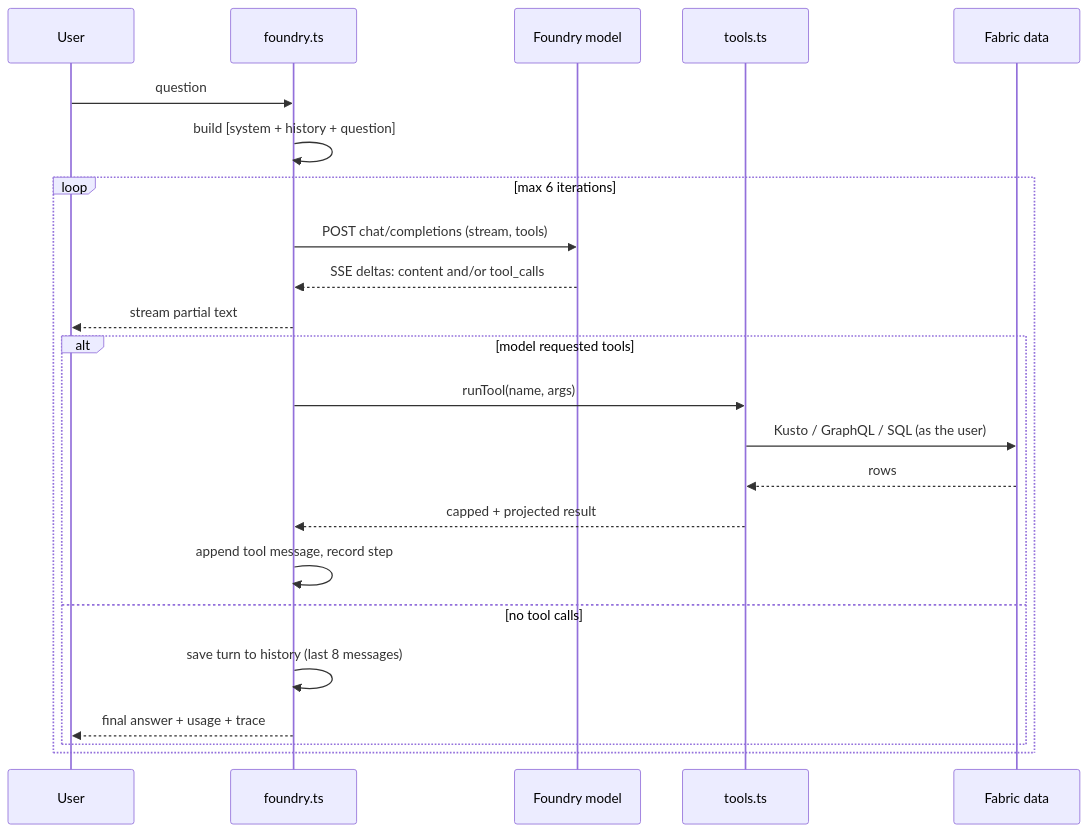
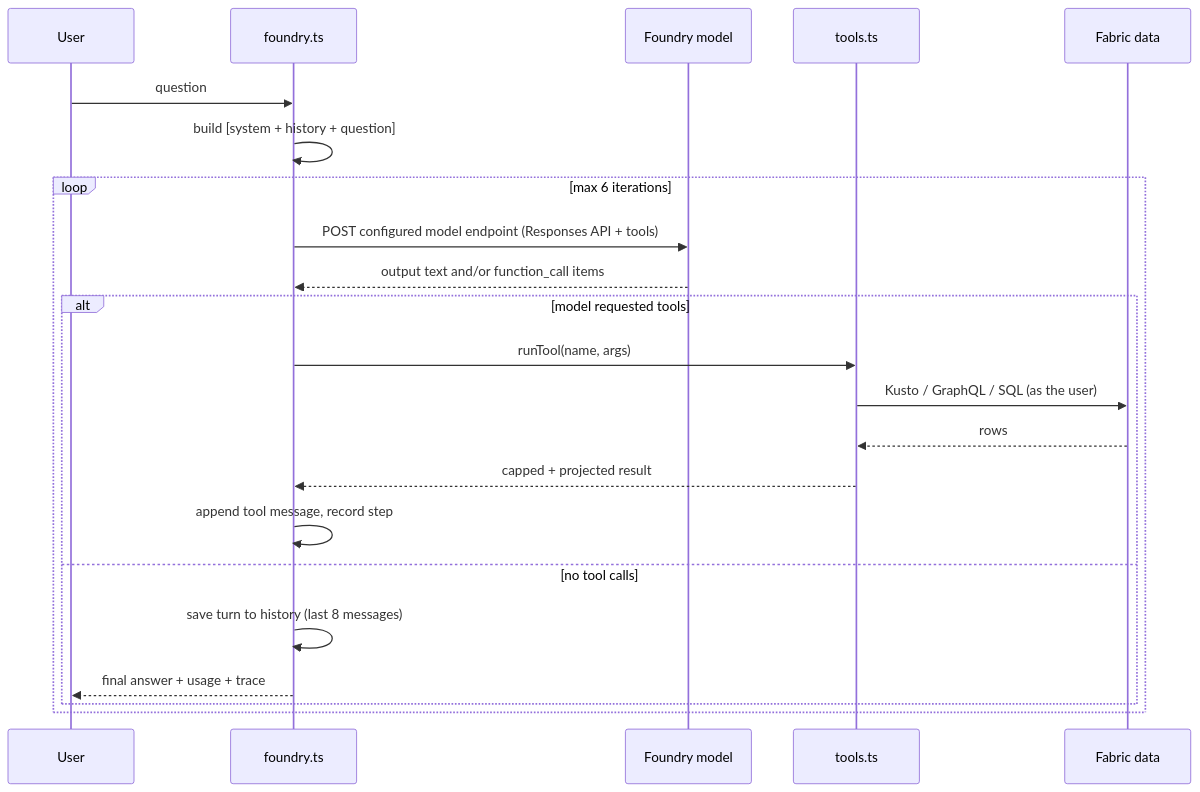
One commit to dibakardharchoudhury/FabricIQAppsDEMO changed the second of 2 diagrams in docs/foundry-copilot.md. Above: the diagram before and after it, drawn with Mermaid. The commit also changed other lines of this file and 5 other files, not shown here.

Commit message:
fix(copilot): use configured Foundry model endpoint

````diff
--- a/docs/foundry-copilot.md
+++ b/docs/foundry-copilot.md
@@ -122,26 +122,25 @@
 ```mermaid
 sequenceDiagram
   participant U as User
   participant A as foundry.ts
   participant M as Foundry model
   participant T as tools.ts
   participant D as Fabric data
 
   U->>A: question
   A->>A: build [system + history + question]
   loop max 6 iterations
-    A->>M: POST chat/completions (stream, tools)
-    M-->>A: SSE deltas: content and/or tool_calls
-    A-->>U: stream partial text
+    A->>M: POST configured model endpoint (Responses API + tools)
+    M-->>A: output text and/or function_call items
     alt model requested tools
       A->>T: runTool(name, args)
       T->>D: Kusto / GraphQL / SQL (as the user)
       D-->>T: rows
       T-->>A: capped + projected result
       A->>A: append tool message, record step
     else no tool calls
       A->>A: save turn to history (last 8 messages)
       A-->>U: final answer + usage + trace
     end
   end
 ```
````
